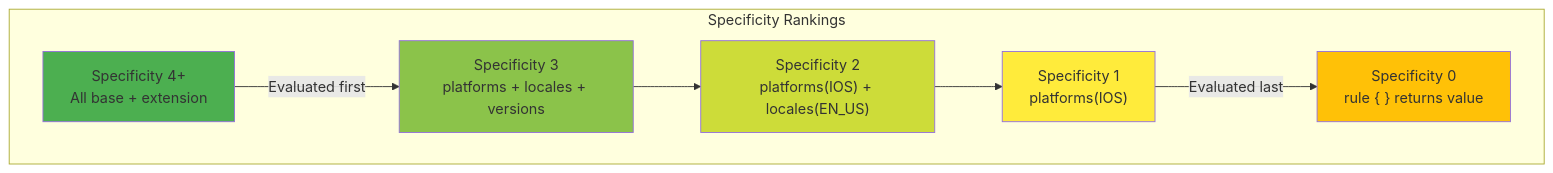
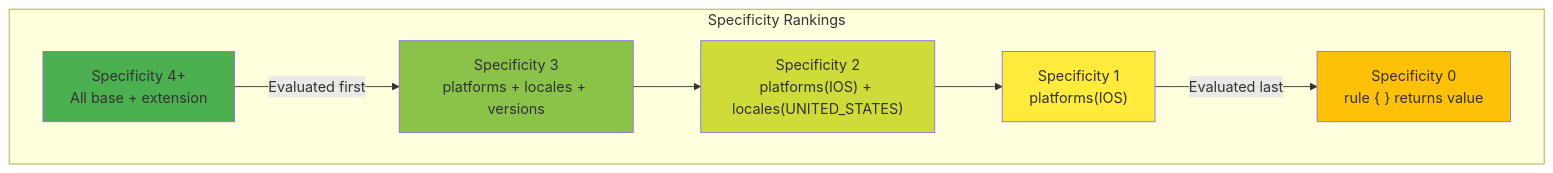
One commit to amichne/konditional changed the third of 4 diagrams in docs/Rules.md. Above: the diagram before and after it, drawn with Mermaid. The commit also changed other lines of this file and 33 other files, not shown here.

````diff
--- a/docs/Rules.md
+++ b/docs/Rules.md
@@ -398,21 +398,21 @@
 ```mermaid
 graph TD
     subgraph "Specificity Rankings"
         S0["Specificity 0<br/>rule { } returns value"]
         S1["Specificity 1<br/>platforms(IOS)"]
-        S2["Specificity 2<br/>platforms(IOS) + locales(EN_US)"]
+        S2["Specificity 2<br/>platforms(IOS) + locales(UNITED_STATES)"]
         S3["Specificity 3<br/>platforms + locales + versions"]
         S4["Specificity 4+<br/>All base + extension"]
     end
 
     S4 -->|Evaluated first| S3
     S3 --> S2
     S2 --> S1
     S1 -->|Evaluated last| S0
 
     style S4 fill:#4caf50
     style S3 fill:#8bc34a
     style S2 fill:#cddc39
     style S1 fill:#ffeb3b
     style S0 fill:#ffc107
 ```
````
